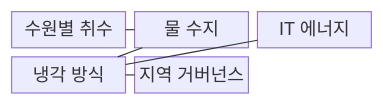
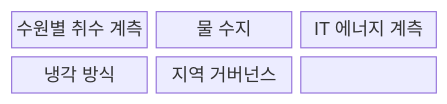
The first of 2 diagrams in src/content/docs/notes/08-latest-tech/199_water_usage_effectiveness.md (agnusdei1207/knowledge-base), drawn with Mermaid before and after one commit. The commit also changed other lines of this file and 228 other files, not shown here.

````diff
--- a/src/content/docs/notes/08-latest-tech/199_water_usage_effectiveness.md
+++ b/src/content/docs/notes/08-latest-tech/199_water_usage_effectiveness.md
@@ -52,13 +51,11 @@
 ```mermaid
 block-beta
   columns 3
-  A["수원별 취수"]
-  B["물 수지"]
-  C["IT 에너지"]
-  D["냉각 방식"]
-  E["지역 거버넌스"]
-  A --- B
-  B --- D
-  C --- D
-  D --- E
+  N0["수원별 취수 계측"]
+  N1["물 수지"]
+  N2["IT 에너지 계측"]
+  N3["냉각 방식"]
+  N4["지역 거버넌스"]
+  N0 --- N1 --- N2
+  N2 --- N3 --- N4
 ```
````
